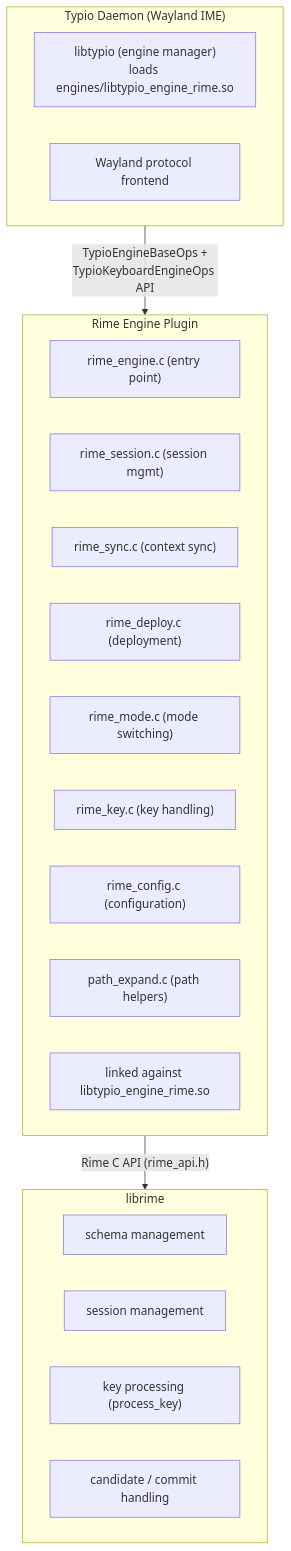
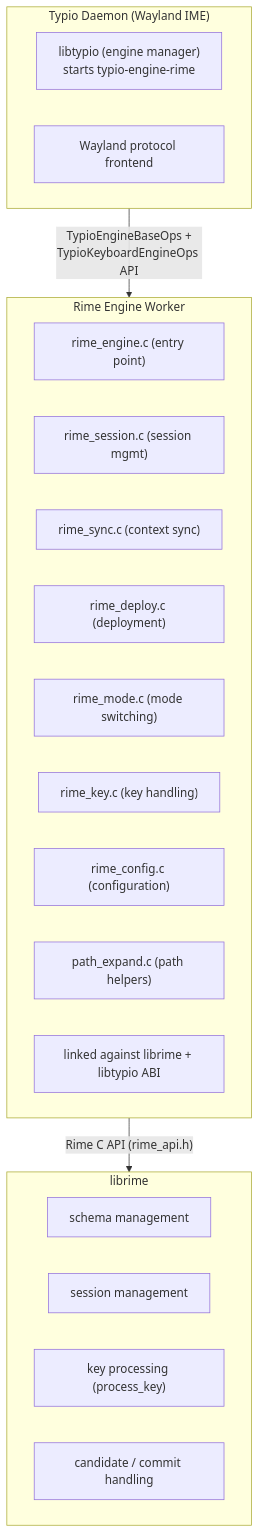
The diagram in docs/explanation/librime-integration.md (typio-ime/typio-engine-rime), drawn with Mermaid before and after one commit. The commit also changed other lines of this file and 11 other files, not shown here.

````diff
--- a/docs/explanation/librime-integration.md
+++ b/docs/explanation/librime-integration.md
@@ -11,27 +11,27 @@
 ```mermaid
 flowchart TD
     subgraph Daemon["Typio Daemon (Wayland IME)"]
-        Core["libtypio (engine manager)<br/>loads engines/libtypio_engine_rime.so"]
+        Core["libtypio (engine manager)<br/>starts typio-engine-rime"]
         Front[Wayland protocol frontend]
     end
-    subgraph Plugin["Rime Engine Plugin"]
+    subgraph Plugin["Rime Engine Worker"]
         Entry["rime_engine.c (entry point)"]
         Session["rime_session.c (session mgmt)"]
         Sync["rime_sync.c (context sync)"]
         Deploy["rime_deploy.c (deployment)"]
         Mode["rime_mode.c (mode switching)"]
         Key["rime_key.c (key handling)"]
         Config["rime_config.c (configuration)"]
         Path["path_expand.c (path helpers)"]
-        Lib["linked against libtypio_engine_rime.so"]
+        Lib["linked against librime + libtypio ABI"]
     end
     subgraph Librime["librime"]
         Schema[schema management]
         SMgr[session management]
         PK["key processing (process_key)"]
         Cand[candidate / commit handling]
     end
 
     Daemon -->|"TypioEngineBaseOps +<br/>TypioKeyboardEngineOps API"| Plugin
     Plugin -->|"Rime C API (rime_api.h)"| Librime
 ```
````
